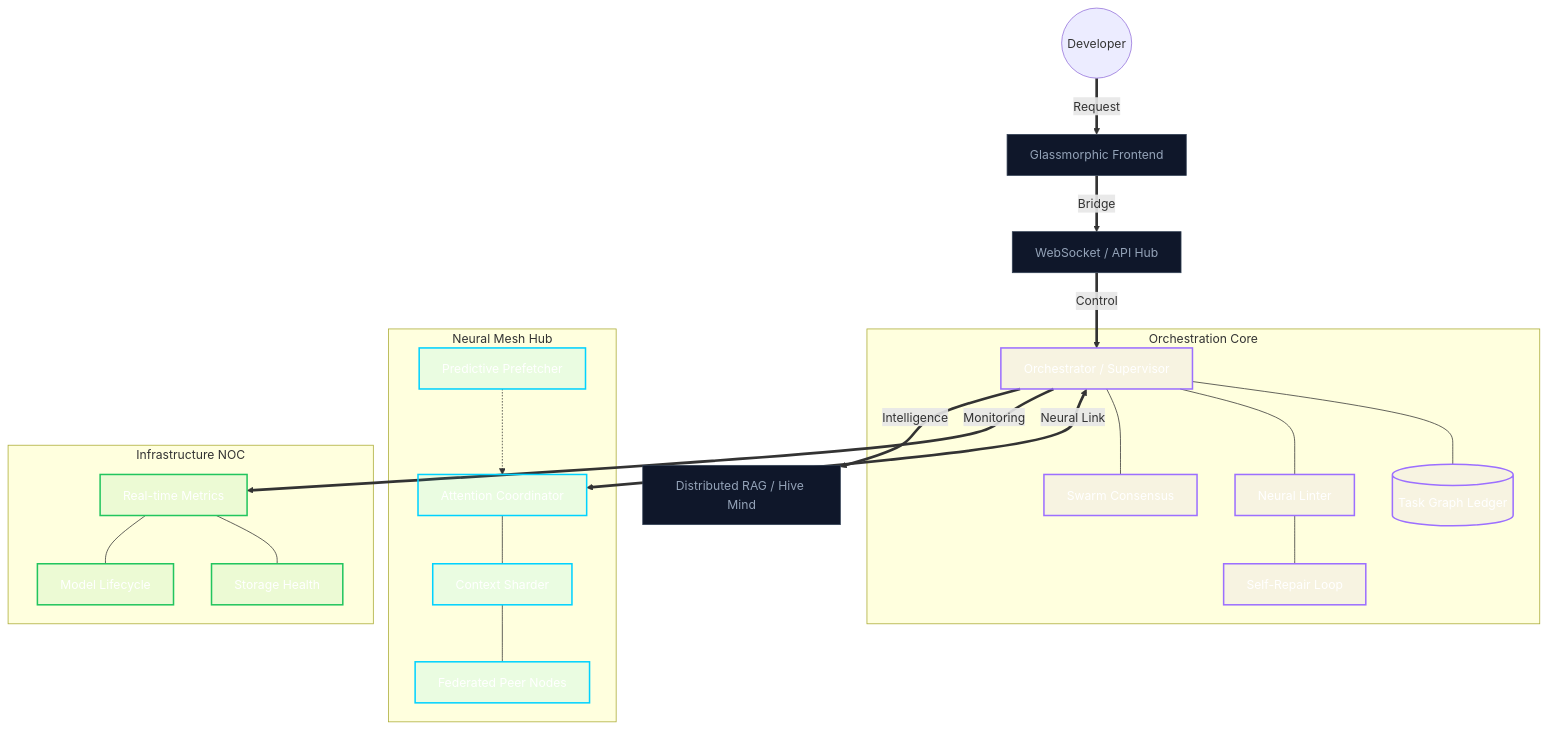
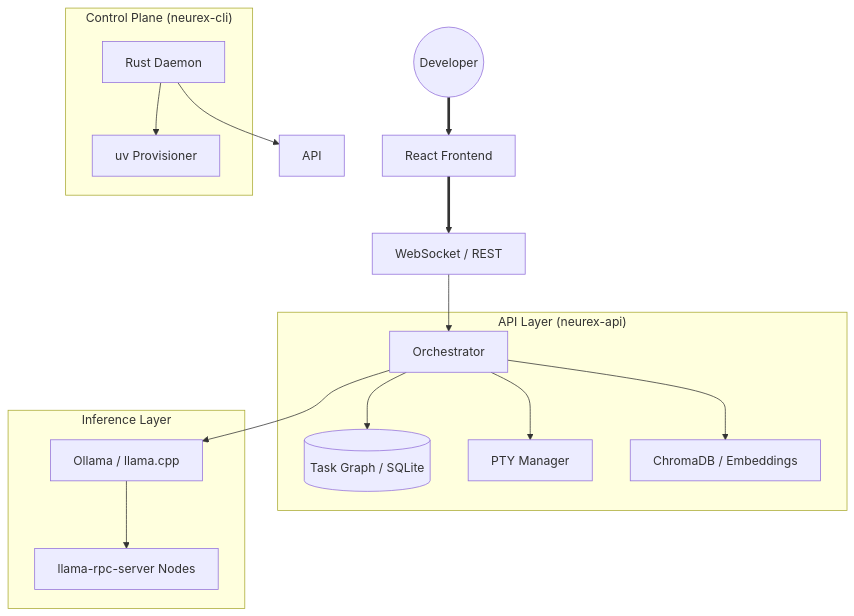
The diagram in README.md (RaveAgainstTheMachine/neurex), drawn with Mermaid before and after one commit. The commit also changed other lines of this file and 3 other files, not shown here.

````diff
--- a/README.md
+++ b/README.md
@@ -67,57 +67,30 @@
 ```mermaid
 flowchart TD
-    %% Zones
-    subgraph "Orchestration Core"
-        ORCH[Orchestrator / Supervisor]
-        TG[(Task Graph Ledger)]
-        LINT[Neural Linter]
-        CONS[Swarm Consensus]
-        REPAIR[Self-Repair Loop]
+    subgraph "Control Plane (neurex-cli)"
+        CLI[Rust Daemon]
+        PROV[uv Provisioner]
     end
 
-    subgraph "Neural Mesh Hub"
-        POOL[Attention Coordinator]
-        SHARD[Context Sharder]
-        PEERS[Federated Peer Nodes]
-        PREFETCH[Predictive Prefetcher]
+    subgraph "API Layer (neurex-api)"
+        ORCH[Orchestrator]
+        TG[(Task Graph / SQLite)]
+        PTY[PTY Manager]
+        RAG[ChromaDB / Embeddings]
     end
 
-    subgraph "Infrastructure NOC"
-        TELEMETRY[Real-time Metrics]
-        HEALTH[Storage Health]
-        MODELS[Model Lifecycle]
+    subgraph "Inference Layer"
+        OLLAMA[Ollama / llama.cpp]
+        RPC[llama-rpc-server Nodes]
     end
 
-    %% IO Layer
-    User((Developer)) == Request ==> UI[Glassmorphic Frontend]
-    UI == Bridge ==> WS[WebSocket / API Hub]
-    WS == Control ==> ORCH
-
-    %% Internal Connections
-    ORCH --- TG
-    ORCH --- LINT
-    ORCH --- CONS
-    LINT --- REPAIR
-    
-    ORCH <== Neural Link ==> POOL
-    POOL --- SHARD
-    SHARD --- PEERS
-    PREFETCH -.-> POOL
-
-    ORCH == Monitoring ==> TELEMETRY
-    TELEMETRY --- HEALTH
-    TELEMETRY --- MODELS
-
-    ORCH == Intelligence ==> RAG[Distributed RAG / Hive Mind]
-
-    %% Professional Styling
-    classDef core fill:#9c6fff15,stroke:#9c6fff,stroke-width:2px,color:#fff
-    classDef mesh fill:#00d2ff15,stroke:#00d2ff,stroke-width:2px,color:#fff
-    classDef infra fill:#22c55e15,stroke:#22c55e,stroke-width:2px,color:#fff
-    classDef io fill:#0f172a,stroke:#334155,stroke-width:1px,color:#94a3b8
-
-    class ORCH,TG,LINT,CONS,REPAIR core
-    class POOL,SHARD,PEERS,PREFETCH mesh
-    class TELEMETRY,HEALTH,MODELS infra
-    class UI,WS,RAG io
+    User((Developer)) ==> UI[React Frontend]
+    UI ==> WS[WebSocket / REST]
+    CLI --> PROV
+    CLI --> API
+    WS --> ORCH
+    ORCH --> TG
+    ORCH --> PTY
+    ORCH --> RAG
+    ORCH --> OLLAMA
+    OLLAMA --> RPC
 ```
````
